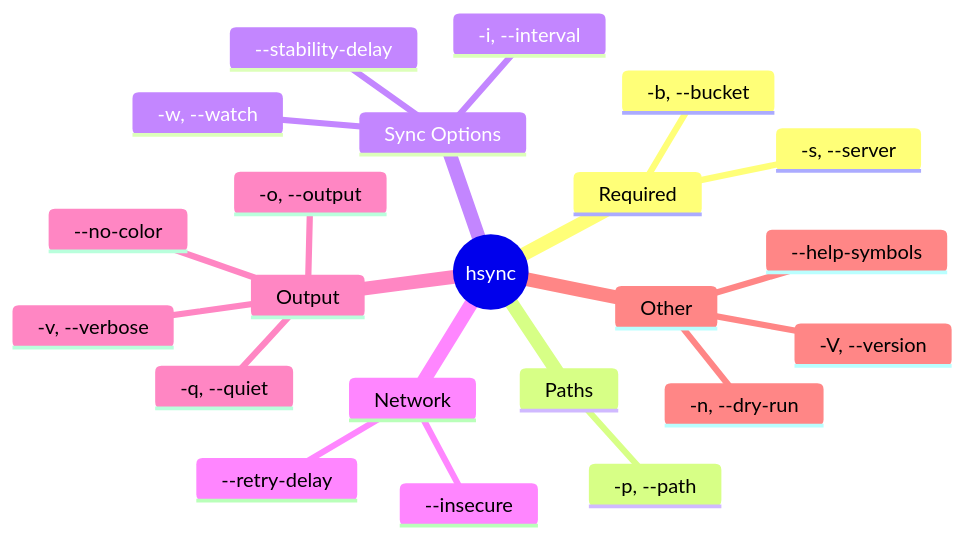
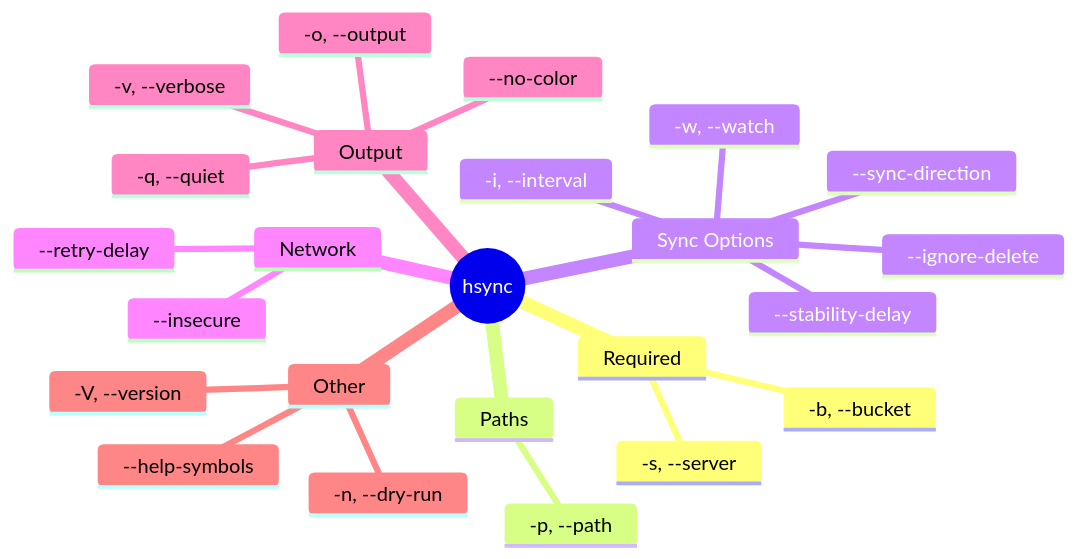
One commit to albertsdk/hsync-client changed the second of 9 diagrams in docs/usage.md. Above: the diagram before and after it, drawn with Mermaid. The commit also changed other lines of this file and 11 other files, not shown here.

````diff
--- a/docs/usage.md
+++ b/docs/usage.md
@@ -39,25 +39,27 @@
 ```mermaid
 mindmap
   root((hsync))
     Required
       -s, --server
       -b, --bucket
     Paths
       -p, --path
     Sync Options
       -w, --watch
       -i, --interval
       --stability-delay
+      --sync-direction
+      --ignore-delete
     Network
       --retry-delay
       --insecure
     Output
       -v, --verbose
       -q, --quiet
       -o, --output
       --no-color
     Other
       -n, --dry-run
       -V, --version
       --help-symbols
 ```
````
